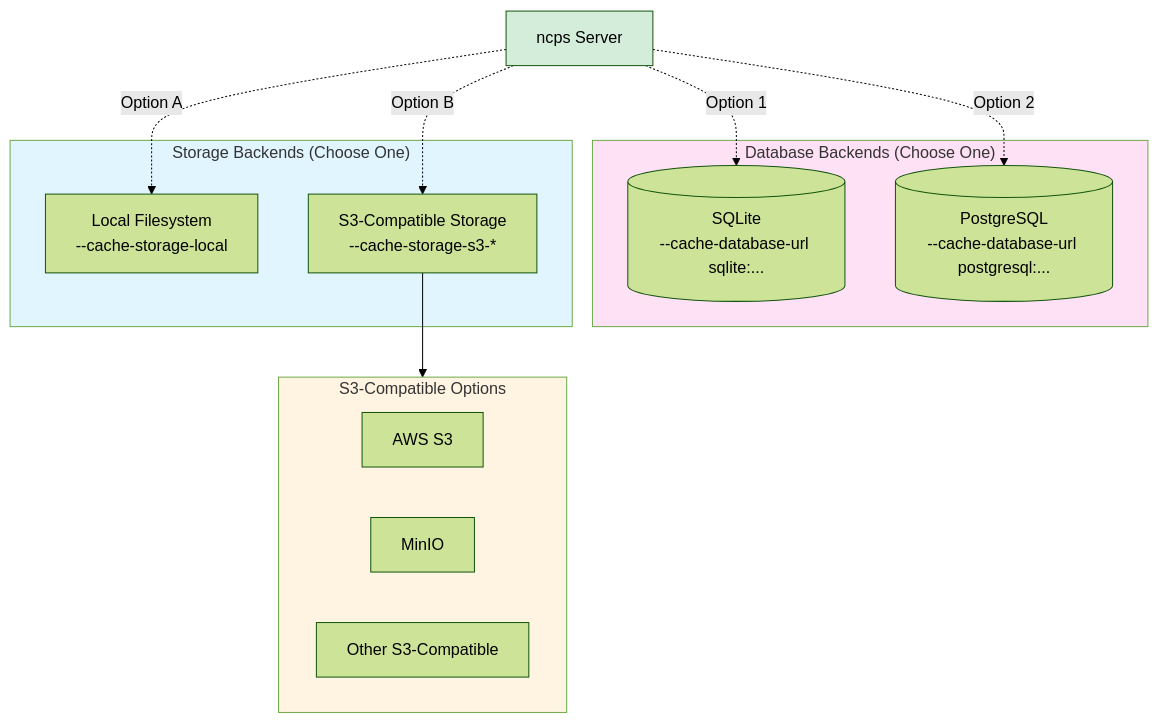
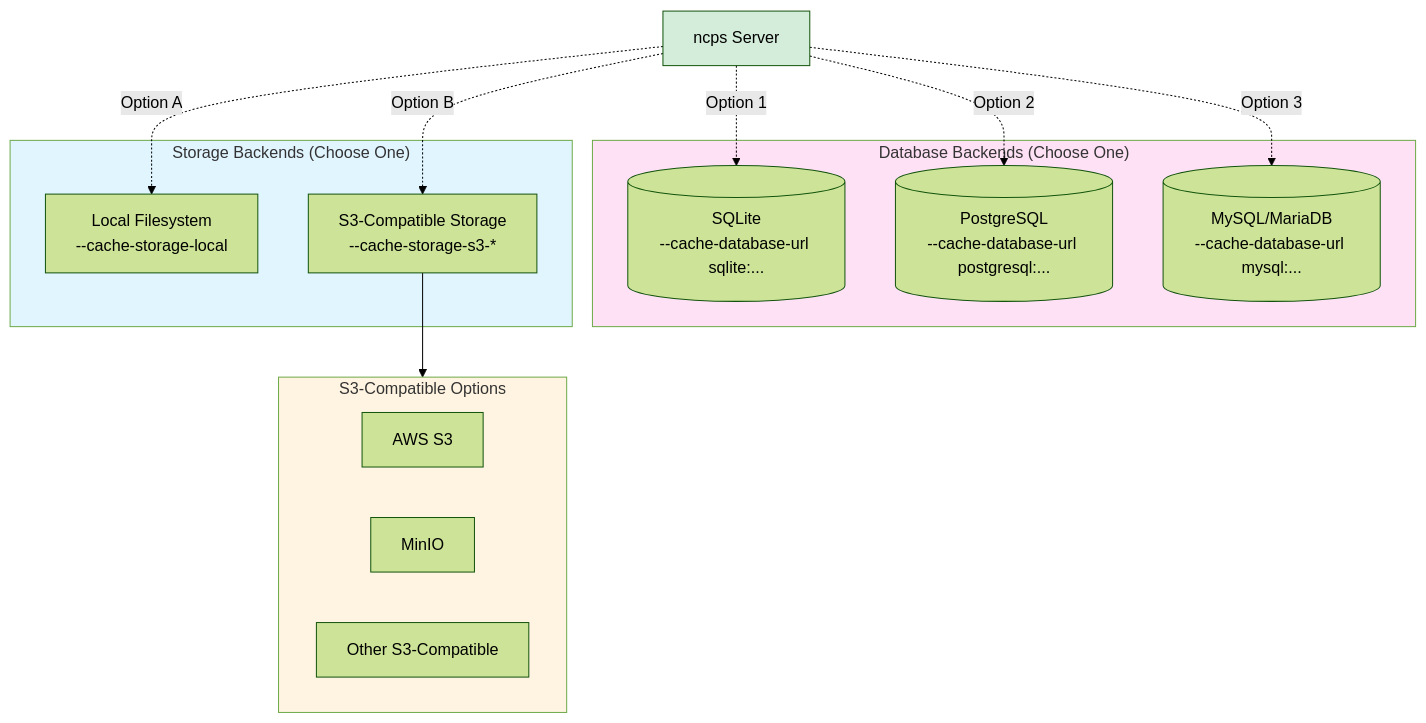
One commit to kalbasit/ncps changed the second of 2 diagrams in README.md. Above: the diagram before and after it, drawn with Mermaid (forest theme). The commit also changed other lines of this file and 22 other files, not shown here.

````diff
--- a/README.md
+++ b/README.md
@@ -87,31 +87,33 @@
 ```mermaid
 graph TB
     NCPS[ncps Server]
 
     subgraph Database["Database Backends (Choose One)"]
         SQLite[(SQLite<br/>--cache-database-url sqlite:...)]
         Postgres[(PostgreSQL<br/>--cache-database-url postgresql:...)]
+        MySQL[(MySQL/MariaDB<br/>--cache-database-url mysql:...)]
     end
 
     subgraph Storage["Storage Backends (Choose One)"]
         Local[Local Filesystem<br/>--cache-storage-local]
         S3[S3-Compatible Storage<br/>--cache-storage-s3-*]
     end
 
     subgraph S3Detail["S3-Compatible Options"]
         AWS[AWS S3]
         MinIO[MinIO]
         Other[Other S3-Compatible]
     end
 
     NCPS -.->|Option 1| SQLite
     NCPS -.->|Option 2| Postgres
+    NCPS -.->|Option 3| MySQL
     NCPS -.->|Option A| Local
     NCPS -.->|Option B| S3
     S3 --> S3Detail
 
     style Database fill:#ffe1f5
     style Storage fill:#e1f5ff
     style S3Detail fill:#fff4e1
     style NCPS fill:#d4edda
 ```
````
